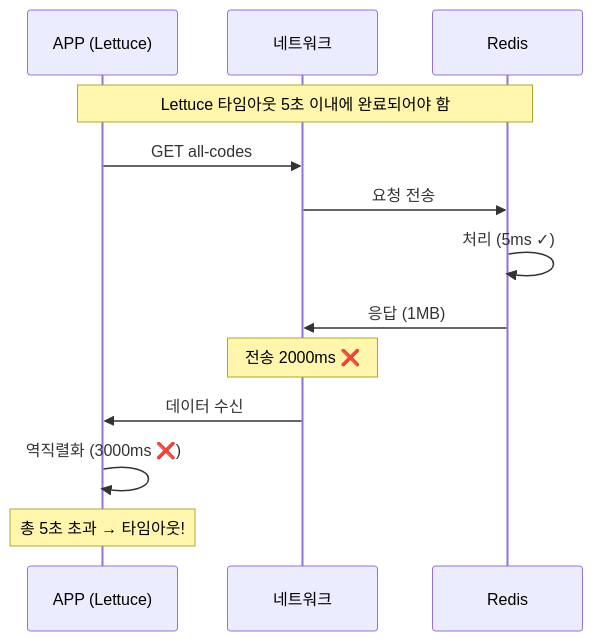
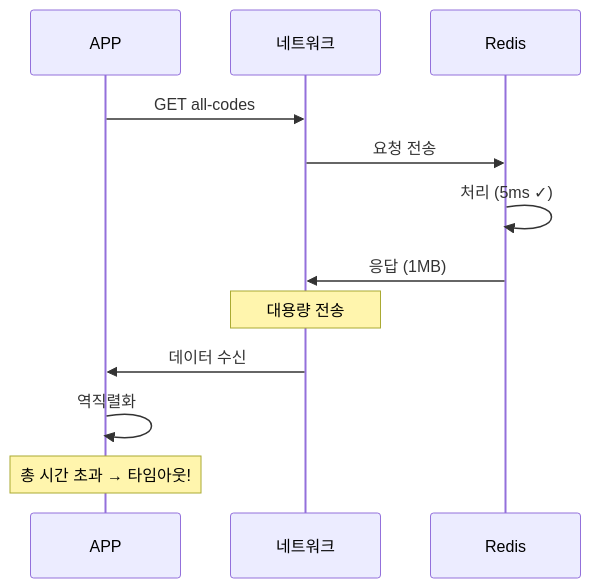
The first of 2 diagrams in content/backend/redis-adoption-experience.md (kimduksoo/duksoo-tech-blog), drawn with Mermaid before and after one commit. The commit also changed other lines of this file, not shown here.

Commit message:
Redis 글 Lettuce 타임아웃 추측 제거, APP 타임아웃으로 수정

````diff
--- a/content/backend/redis-adoption-experience.md
+++ b/content/backend/redis-adoption-experience.md
@@ -33,18 +28,16 @@
 ```mermaid
 sequenceDiagram
-    participant APP as APP (Lettuce)
+    participant APP as APP
     participant Network as 네트워크
     participant Redis as Redis
-
-    Note over APP,Redis: Lettuce 타임아웃 5초 이내에 완료되어야 함
 
     APP->>Network: GET all-codes
     Network->>Redis: 요청 전송
     Redis->>Redis: 처리 (5ms ✓)
     Redis->>Network: 응답 (1MB)
-    Note over Network: 전송 2000ms ❌
+    Note over Network: 대용량 전송
     Network->>APP: 데이터 수신
-    APP->>APP: 역직렬화 (3000ms ❌)
+    APP->>APP: 역직렬화
 
-    Note over APP: 총 5초 초과 → 타임아웃!
+    Note over APP: 총 시간 초과 → 타임아웃!
 ```
````
